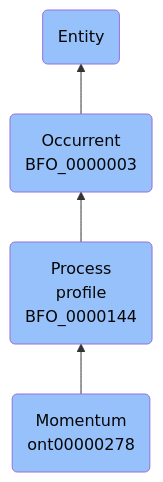
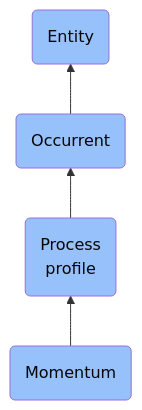
Before and after one commit to jupyter-naas/abi: the diagram in docs/ontology/reference/model/Entity/Occurrent/Process profile/Momentum/Momentum.md, drawn with Mermaid. The commit also changed other lines of this file and 1430 other files, not shown here.

````diff
--- a/docs/ontology/reference/model/Entity/Occurrent/Process profile/Momentum/Momentum.md
+++ b/docs/ontology/reference/model/Entity/Occurrent/Process profile/Momentum/Momentum.md
@@ -24,11 +24,11 @@
 ```mermaid
 graph BT
-    ont00000278(Momentum<br>ont00000278):::BFO-->BFO_0000144
-    BFO_0000144(Process<br>profile<br>BFO_0000144):::BFO-->BFO_0000003
-    BFO_0000003(Occurrent<br>BFO_0000003):::BFO-->BFO_0000001
+    ont00000278(Momentum):::BFO-->BFO_0000144
+    BFO_0000144(Process<br>profile):::BFO-->BFO_0000003
+    BFO_0000003(Occurrent):::BFO-->BFO_0000001
     BFO_0000001(Entity):::BFO
     
     classDef BFO fill:#97c1fb,color:#060606
     classDef CCO fill:#e4c51e,color:#060606
     classDef ABI fill:#48DD82,color:#060606
 ```
````
